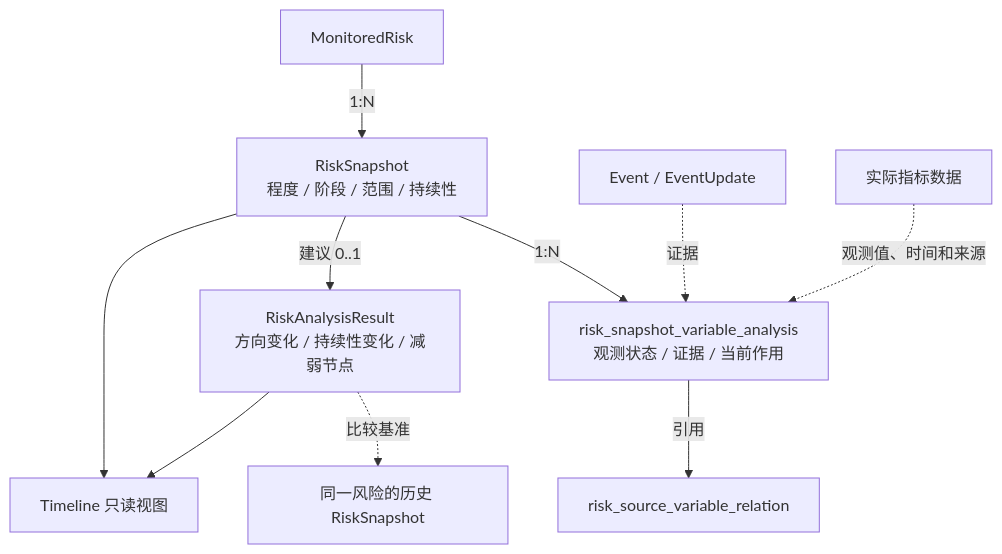
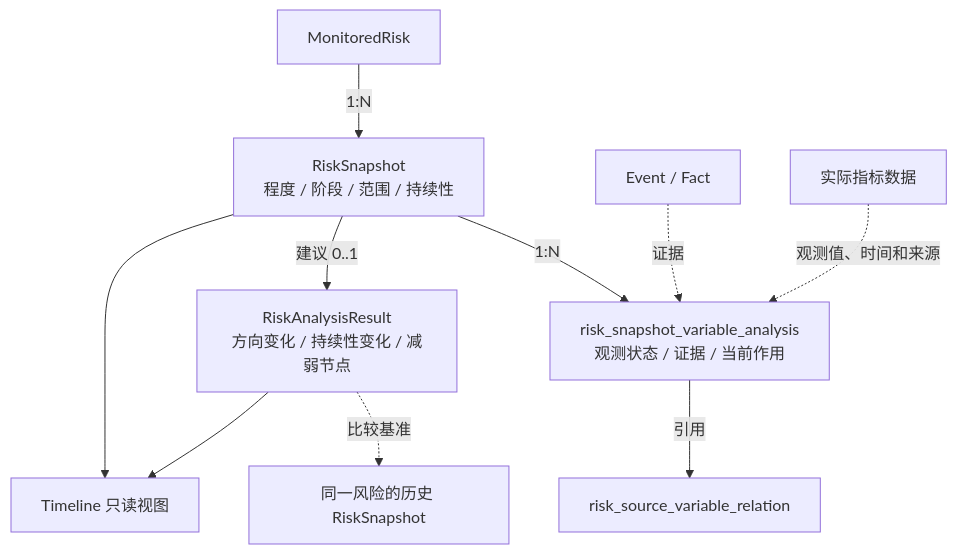
Before and after one commit to caojingwen1996/obsidian_kb: diagram 13 of 18 in tools/RiskHot/docs/system-design/03-系统功能架构/系统功能架构总览.md, drawn with Mermaid. The commit also changed other lines of this file and 278 other files, not shown here.

````diff
--- a/tools/RiskHot/docs/system-design/03-系统功能架构/系统功能架构总览.md
+++ b/tools/RiskHot/docs/system-design/03-系统功能架构/系统功能架构总览.md
@@ -949,12 +951,12 @@
 ```mermaid
 flowchart TB
     RISK[MonitoredRisk] -->|1:N| SNAP[RiskSnapshot<br/>程度 / 阶段 / 范围 / 持续性]
     SNAP -->|1:N| VA[risk_snapshot_variable_analysis<br/>观测状态 / 证据 / 当前作用]
     VA -->|引用| RVR[risk_source_variable_relation]
     SNAP -->|建议 0..1| CHG[RiskAnalysisResult<br/>方向变化 / 持续性变化 / 减弱节点]
     CHG -.->|比较基准| OLD[同一风险的历史 RiskSnapshot]
-    EVT[Event / EventUpdate] -.->|证据| VA
+    EVT[Event / Fact] -.->|证据| VA
     OBS[实际指标数据] -.->|观测值、时间和来源| VA
     SNAP --> VIEW[Timeline 只读视图]
     CHG --> VIEW
 ```
````
